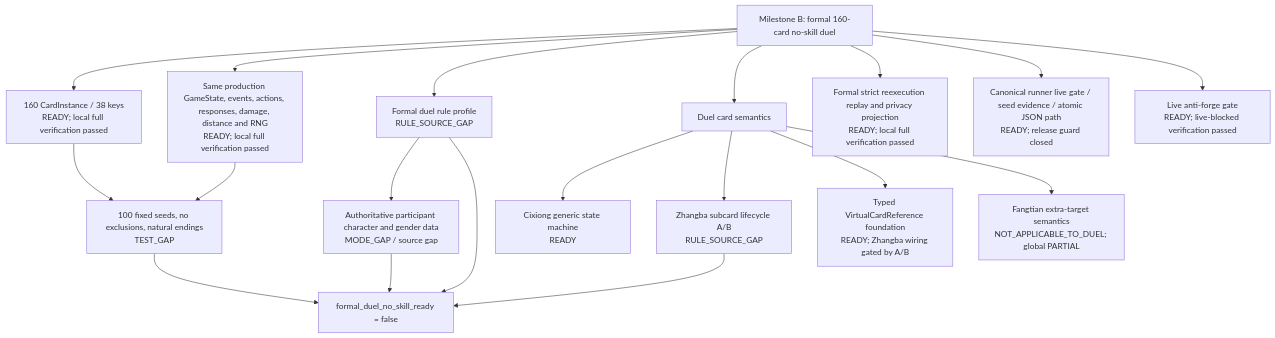
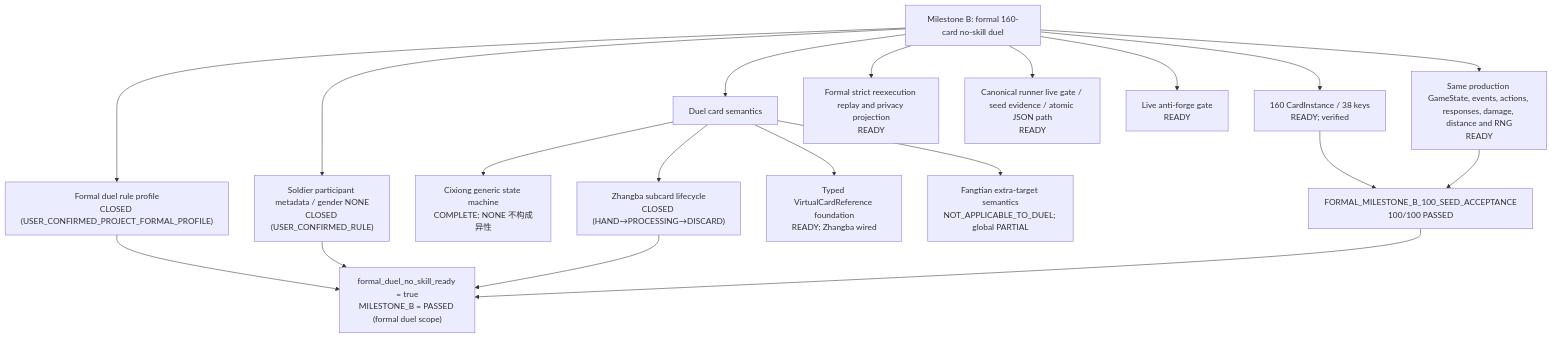
The diagram in docs/MILESTONE_B_DEPENDENCY_GRAPH.md (414238729-ux/-), drawn with Mermaid before and after one commit. The commit also changed other lines of this file and 21 other files, not shown here.

Commit message:
feat: close milestone B formal duel blockers with user-confirmed rules

````diff
--- a/docs/MILESTONE_B_DEPENDENCY_GRAPH.md
+++ b/docs/MILESTONE_B_DEPENDENCY_GRAPH.md
@@ -41,36 +49,36 @@
 ```mermaid
 flowchart TD
     B["Milestone B: formal 160-card no-skill duel"]
-    D["160 CardInstance / 38 keys\nREADY; local full verification passed"]
-    C["Same production GameState, events, actions, responses, damage, distance and RNG\nREADY; local full verification passed"]
-    P["Formal duel rule profile\nRULE_SOURCE_GAP"]
-    G["Authoritative participant character and gender data\nMODE_GAP / source gap"]
+    D["160 CardInstance / 38 keys\nREADY; verified"]
+    C["Same production GameState, events, actions, responses, damage, distance and RNG\nREADY"]
+    P["Formal duel rule profile\nCLOSED (USER_CONFIRMED_PROJECT_FORMAL_PROFILE)"]
+    G["Soldier participant metadata / gender NONE\nCLOSED (USER_CONFIRMED_RULE)"]
     W["Duel card semantics"]
-    CX["Cixiong generic state machine\nREADY"]
-    ZR["Zhangba subcard lifecycle A/B\nRULE_SOURCE_GAP"]
-    ZT["Typed VirtualCardReference foundation\nREADY; Zhangba wiring gated by A/B"]
+    CX["Cixiong generic state machine\nCOMPLETE; NONE 不构成异性"]
+    ZR["Zhangba subcard lifecycle\nCLOSED (HAND→PROCESSING→DISCARD)"]
+    ZT["Typed VirtualCardReference foundation\nREADY; Zhangba wired"]
     FT["Fangtian extra-target semantics\nNOT_APPLICABLE_TO_DUEL; global PARTIAL"]
-    R["Formal strict reexecution replay and privacy projection\nREADY; local full verification passed"]
-    F["Canonical runner live gate / seed evidence / atomic JSON path\nREADY; release guard closed"]
-    A["Live anti-forge gate\nREADY; live-blocked verification passed"]
-    S["100 fixed seeds, no exclusions, natural endings\nTEST_GAP"]
-    X["formal_duel_no_skill_ready = false"]
+    R["Formal strict reexecution replay and privacy projection\nREADY"]
+    F["Canonical runner live gate / seed evidence / atomic JSON path\nREADY"]
+    S["FORMAL_MILESTONE_B_100_SEED_ACCEPTANCE\n100/100 PASSED"]
+    X["formal_duel_no_skill_ready = true\nMILESTONE_B = PASSED (formal duel scope)"]
 
     B --> D
     B --> C
-    B --> P --> G
+    B --> P
+    B --> G
     B --> W
     W --> CX
     W --> ZR
     W --> ZT
     W --> FT
     B --> R
     B --> F
-    B --> A
+    B --> A["Live anti-forge gate\nREADY"]
     D --> S
     C --> S
     P --> X
     G --> X
     ZR --> X
     S --> X
 ```
````
